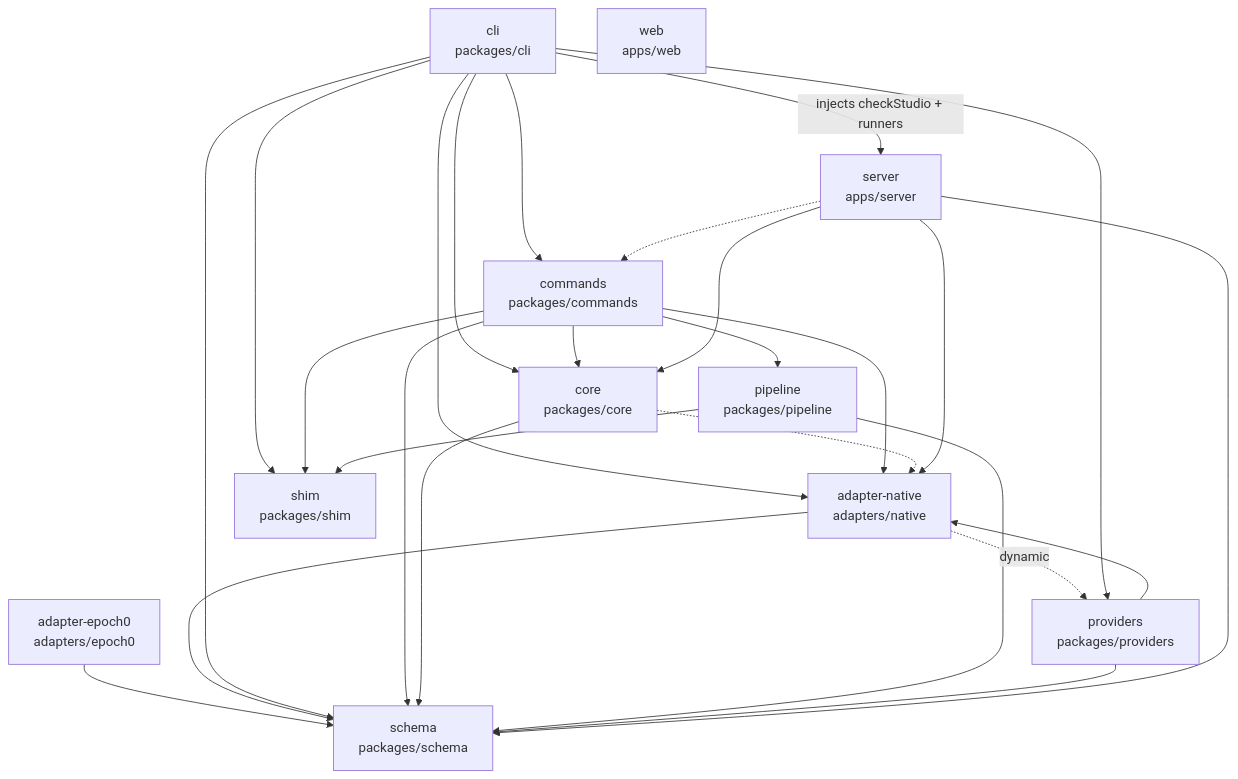
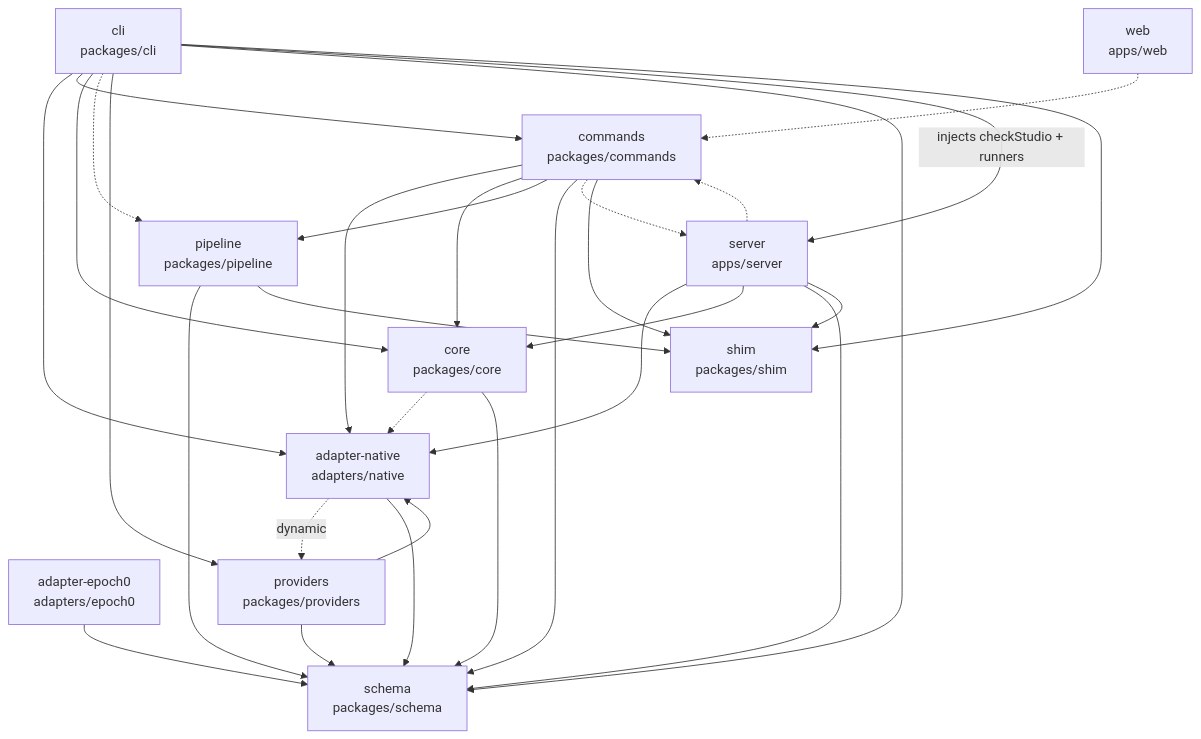
Before and after one commit to Round-Block/bisellium: the first of 4 diagrams in docs/ARCHITECTURE.md, drawn with Mermaid. The commit also changed other lines of this file and 1 other file, not shown here.

First line of the commit message:
docs(architecture): capture W-137, W-161..W-163, W-167; D-049 planned (#344)

````diff
--- a/docs/ARCHITECTURE.md
+++ b/docs/ARCHITECTURE.md
@@ -23,39 +23,43 @@
 ```mermaid
 flowchart TD
   adapter_epoch0["adapter-epoch0<br/>adapters/epoch0"]
   adapter_native["adapter-native<br/>adapters/native"]
   cli["cli<br/>packages/cli"]
   commands["commands<br/>packages/commands"]
   core["core<br/>packages/core"]
   pipeline["pipeline<br/>packages/pipeline"]
   providers["providers<br/>packages/providers"]
   schema["schema<br/>packages/schema"]
   server["server<br/>apps/server"]
   shim["shim<br/>packages/shim"]
   web["web<br/>apps/web"]
   adapter_epoch0 --> schema
   adapter_native -. dynamic .-> providers
   adapter_native --> schema
   cli --> adapter_native
   cli --> commands
   cli --> core
+  cli -.-> pipeline
   cli --> providers
   cli --> schema
   cli -- "injects checkStudio + runners" --> server
   cli --> shim
   commands --> adapter_native
   commands --> core
   commands --> pipeline
   commands --> schema
+  commands -.-> server
   commands --> shim
   core -.-> adapter_native
   core --> schema
   pipeline --> schema
   pipeline --> shim
   providers --> adapter_native
   providers --> schema
   server --> adapter_native
   server -.-> commands
   server --> core
   server --> schema
+  server --> shim
+  web -.-> commands
 ```
````
